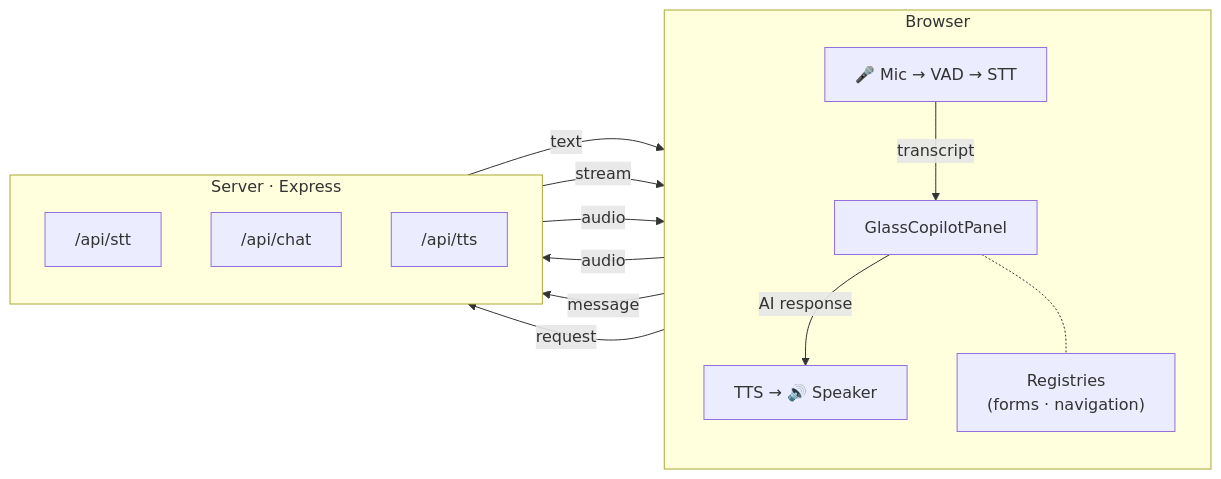
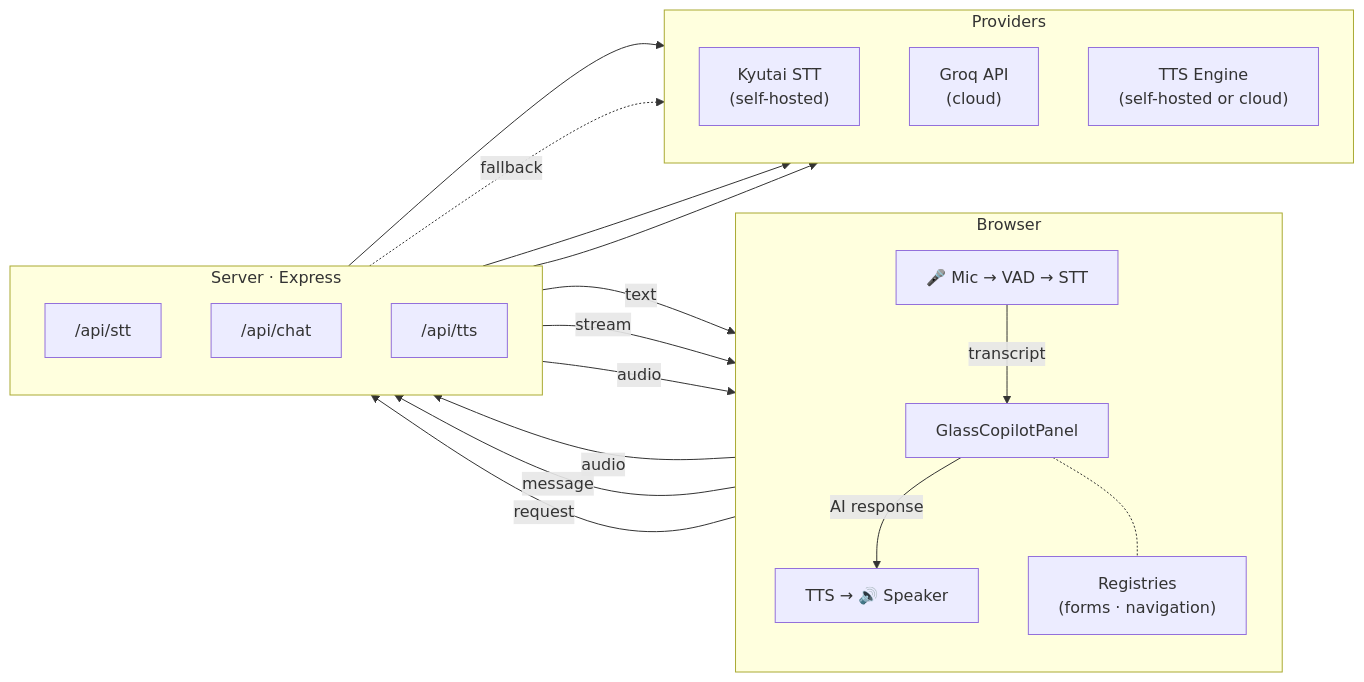
One commit to unctad-ai/voice-agent-kit changed the diagram in README.md. Above: the diagram before and after it, drawn with Mermaid. The commit also changed other lines of this file, not shown here.

Commit message:
docs: add provider tables, fallback chains, and updated architecture diagram

````diff
--- a/README.md
+++ b/README.md
@@ -117,26 +117,38 @@
 ```mermaid
 flowchart LR
-    subgraph CLIENT [" Browser "]
+    subgraph BROWSER [" Browser "]
         direction TB
         A["🎤 Mic → VAD → STT"]
         B["GlassCopilotPanel"]
         C["TTS → 🔊 Speaker"]
         A -- transcript --> B
         B -- AI response --> C
         B -.- D["Registries\n(forms · navigation)"]
     end
 
     subgraph SERVER [" Server · Express "]
         direction TB
         S1["/api/stt"]
         S2["/api/chat"]
         S3["/api/tts"]
     end
 
+    subgraph PROVIDERS [" Providers "]
+        direction TB
+        P1["Kyutai STT\n(self-hosted)"]
+        P2["Groq API\n(cloud)"]
+        P3["TTS Engine\n(self-hosted or cloud)"]
+    end
+
     A -- "audio" --> S1
     S1 -- "text" --> A
     B -- "message" --> S2
     S2 -- "stream" --> B
     C -- "request" --> S3
     S3 -- "audio" --> C
+
+    S1 --> P1
+    S1 -.->|fallback| P2
+    S2 --> P2
+    S3 --> P3
 ```
````
